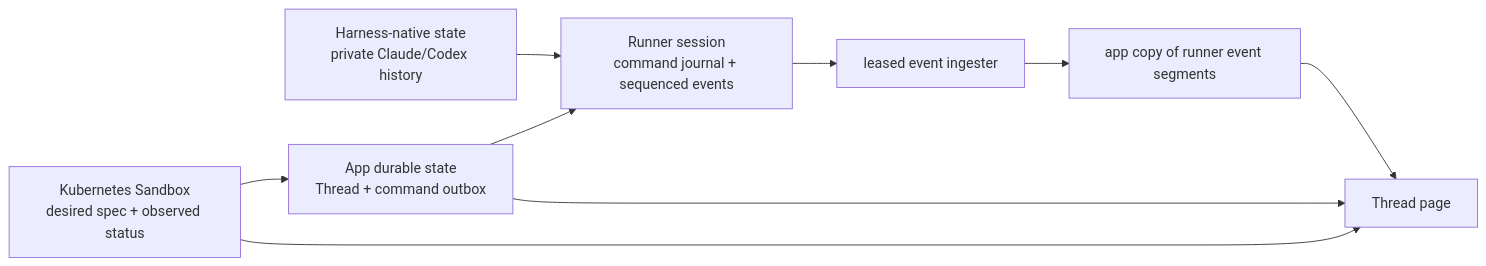
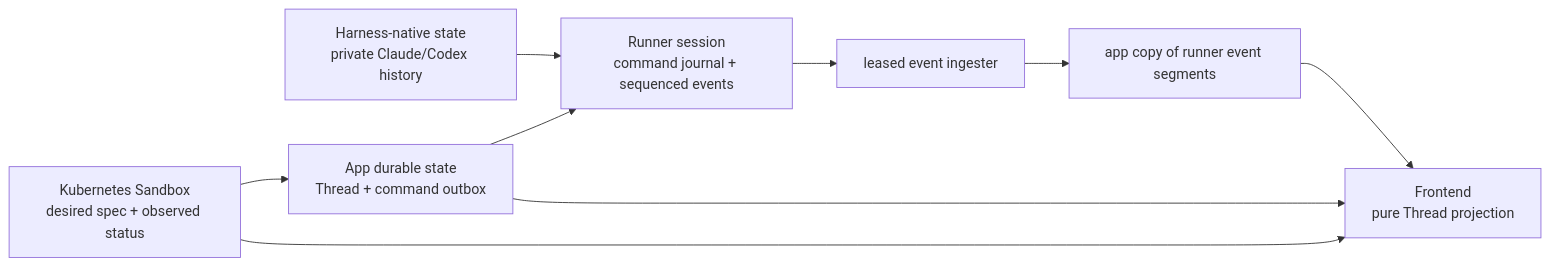
One commit to agentydragon/ducktape changed the diagram in x/agentplane/docs/thread_layering.md. Above: the diagram before and after it, drawn with Mermaid. The commit also changed other lines of this file and 1 other file, not shown here.

````diff
--- a/x/agentplane/docs/thread_layering.md
+++ b/x/agentplane/docs/thread_layering.md
@@ -16,11 +16,11 @@
 ```mermaid
 flowchart LR
     H[Harness-native state<br/>private Claude/Codex history] --> R[Runner session<br/>command journal + sequenced events]
     A[App durable state<br/>Thread + command outbox] --> R
     R --> I[leased event ingester]
     I --> E[app copy of runner event segments]
     K[Kubernetes Sandbox<br/>desired spec + observed status] --> A
-    A --> V[Thread page]
-    E --> V
-    K --> V
+    A --> F[Frontend<br/>pure Thread projection]
+    E --> F
+    K --> F
 ```
````
